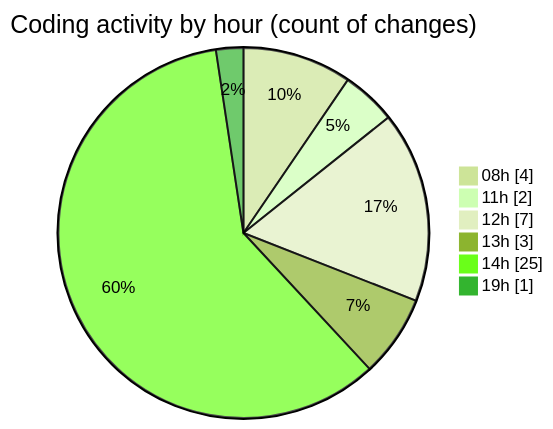
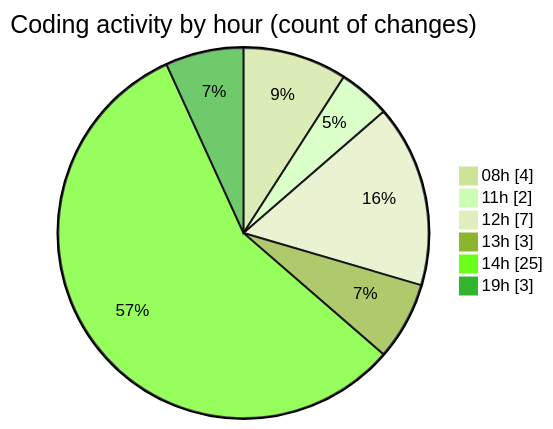
One commit to ricardozamudiocil/code-tracking changed the second of 2 diagrams in 2026-03-03/cilreports__workspace_/README.md. Above: the diagram before and after it, drawn with Mermaid (forest theme). The commit also changed other lines of this file and 1 other file, not shown here.

````diff
--- a/2026-03-03/cilreports__workspace_/README.md
+++ b/2026-03-03/cilreports__workspace_/README.md
@@ -38,10 +38,10 @@
 ```mermaid
 pie showData
 title Coding activity by hour (count of changes)
 "08h" : 4
 "11h" : 2
 "12h" : 7
 "13h" : 3
 "14h" : 25
-"19h" : 1
+"19h" : 3
 ```
````
